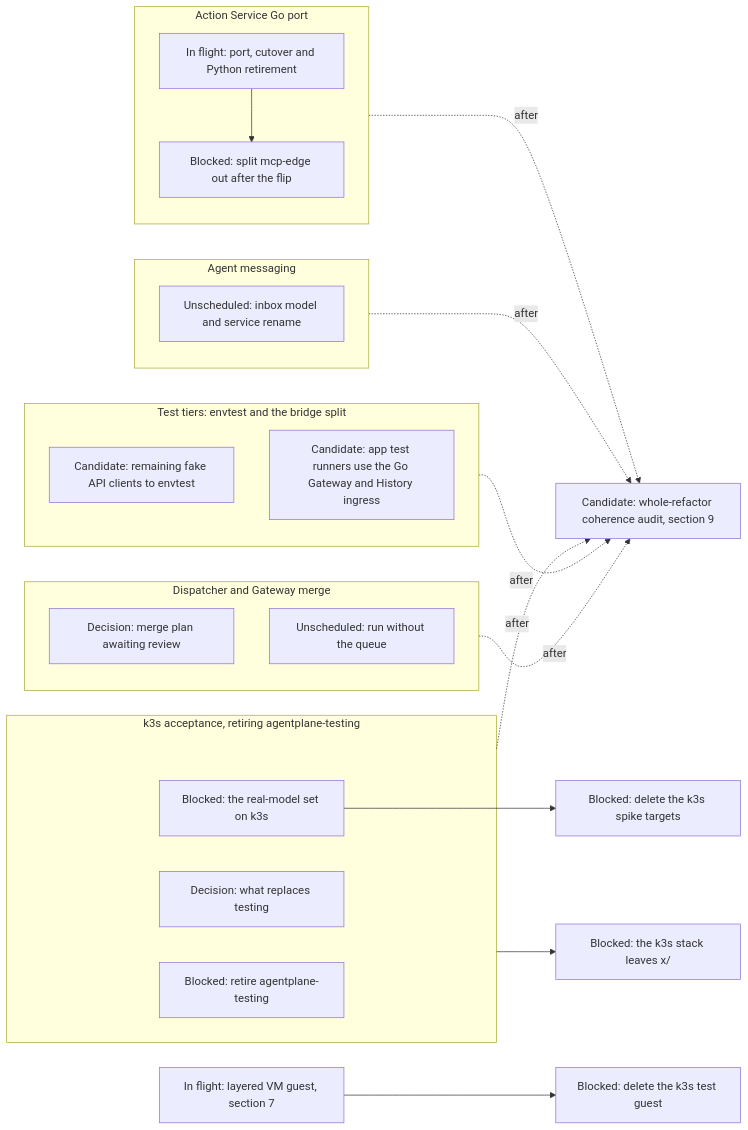
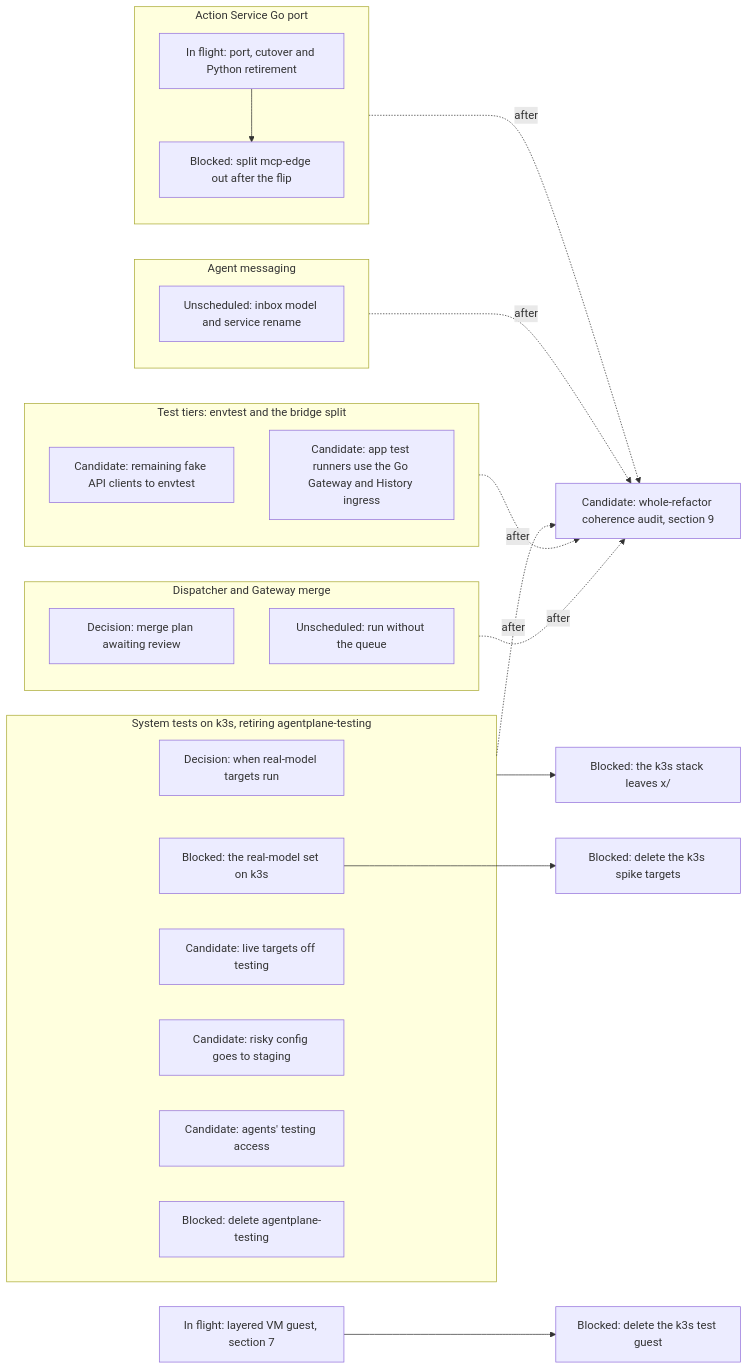
The first of 19 diagrams in agentplane/plans/task_dag.md (agentydragon-agent/ducktape), drawn with Mermaid before and after one commit. The commit also changed other lines of this file and 3 other files, not shown here.

First line of the commit message:
agentplane: plan retiring agentplane-testing

````diff
--- a/agentplane/plans/task_dag.md
+++ b/agentplane/plans/task_dag.md
@@ -29,32 +29,35 @@
 ```mermaid
 flowchart LR
     subgraph ACTION_TRACK[Action Service Go port]
         ACTION_SERVICE_GO_PORT[In flight: port, cutover and Python retirement]
         ACTION_MCP_EDGE_SPLIT[Blocked: split mcp-edge out after the flip]
     end
     subgraph MESSAGING_TRACK[Agent messaging]
         NOTIFICATION_SERVICE_SPLIT[Unscheduled: inbox model and service rename]
     end
-    subgraph K3S_TRACK[k3s acceptance, retiring agentplane-testing]
+    subgraph K3S_TRACK[System tests on k3s, retiring agentplane-testing]
+        K3S_MODEL_CREDENTIALS[Decision: when real-model targets run]
         K3S_MODEL_SCENARIOS[Blocked: the real-model set on k3s]
-        TESTING_ROLLOUT_ROLE[Decision: what replaces testing]
-        TESTING_ENVIRONMENT_RETIRE[Blocked: retire agentplane-testing]
+        LIVE_TARGETS_OFF_TESTING[Candidate: live targets off testing]
+        STAGING_FIRST_ROLLOUT[Candidate: risky config goes to staging]
+        AGENT_TESTING_ACCESS_RETIRE[Candidate: agents' testing access]
+        TESTING_ENVIRONMENT_RETIRE[Blocked: delete agentplane-testing]
     end
     subgraph TIER_TRACK[Test tiers: envtest and the bridge split]
         FAKE_CLIENTS_TO_ENVTEST[Candidate: remaining fake API clients to envtest]
         APP_TEST_RUNNER_FIXTURES_GO[Candidate: app test runners use the Go Gateway and History ingress]
     end
     subgraph DISPATCH_TRACK[Dispatcher and Gateway merge]
         DISPATCHER_PERSISTENCE_MODEL_DESIGN[Decision: merge plan awaiting review]
         DISPATCHER_QUEUE_OPTIONAL[Unscheduled: run without the queue]
     end
     ACTION_SERVICE_GO_PORT --> ACTION_MCP_EDGE_SPLIT
     K3S_TRACK --> K3S_ENV_OUT_OF_X[Blocked: the k3s stack leaves x/]
     K3S_MODEL_SCENARIOS --> K3S_SPIKE_TARGETS_RETIRE[Blocked: delete the k3s spike targets]
     RUNNER_LAYERING_VM[In flight: layered VM guest, section 7] --> K3S_TEST_GUEST_RETIRE[Blocked: delete the k3s test guest]
     ACTION_TRACK -. after .-> REFACTOR_COHERENCE_AUDIT[Candidate: whole-refactor coherence audit, section 9]
     MESSAGING_TRACK -. after .-> REFACTOR_COHERENCE_AUDIT
     K3S_TRACK -. after .-> REFACTOR_COHERENCE_AUDIT
     TIER_TRACK -. after .-> REFACTOR_COHERENCE_AUDIT
     DISPATCH_TRACK -. after .-> REFACTOR_COHERENCE_AUDIT
 ```
````
